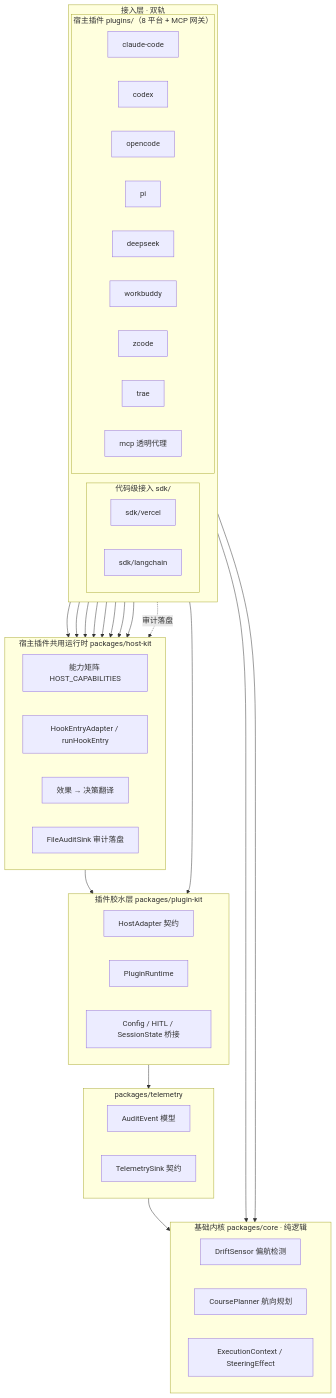
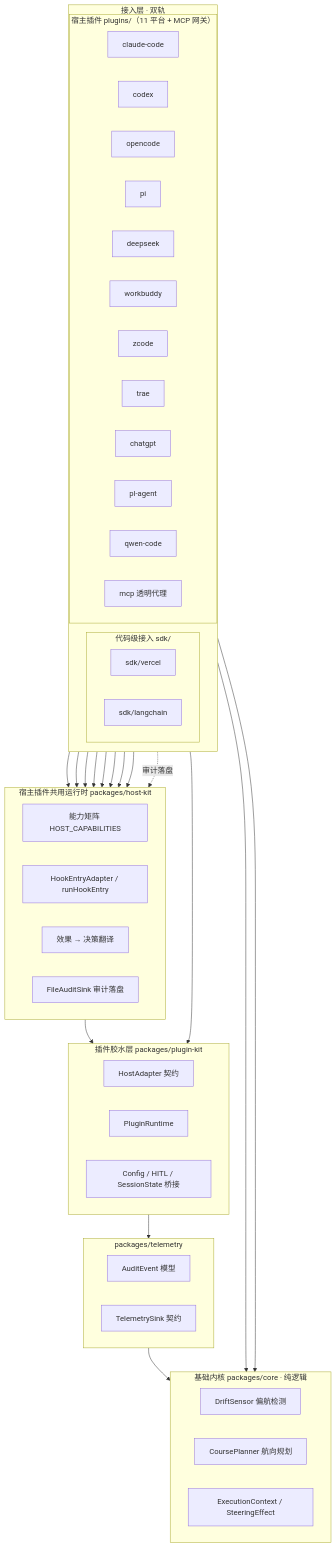
Before and after one commit to chaos-design/arcs: the first of 2 diagrams in README_zh.md, drawn with Mermaid. The commit also changed other lines of this file and 69 other files, not shown here.

First line of the commit message:
feat(plugins): 统一 Hook 原语并新增 ChatGPT/PL Agent/Qwen Code 三个宿主插件

````diff
--- a/README_zh.md
+++ b/README_zh.md
@@ -66,57 +66,60 @@
 ```mermaid
 flowchart TB
   subgraph L1["接入层 · 双轨"]
     direction LR
     subgraph SDK["代码级接入 sdk/"]
       SV["sdk/vercel"]
       SL["sdk/langchain"]
     end
-    subgraph PL["宿主插件 plugins/（8 平台 + MCP 网关）"]
+    subgraph PL["宿主插件 plugins/（11 平台 + MCP 网关）"]
       CC["claude-code"]
       CODEX["codex"]
       OC["opencode"]
       PI["pi"]
       DS["deepseek"]
       WB["workbuddy"]
       ZC["zcode"]
       TR["trae"]
+      CG["chatgpt"]
+      PA["pl-agent"]
+      QC["qwen-code"]
       MCP["mcp 透明代理"]
     end
   end
   subgraph HK["宿主插件共用运行时 packages/host-kit"]
     CAP["能力矩阵 HOST_CAPABILITIES"]
     HOOK["HookEntryAdapter / runHookEntry"]
     DEC["效果 → 决策翻译"]
     AUDIT["FileAuditSink 审计落盘"]
   end
   subgraph KIT["插件胶水层 packages/plugin-kit"]
     HA["HostAdapter 契约"]
     RT["PluginRuntime"]
     BR["Config / HITL / SessionState 桥接"]
   end
   subgraph TELE["packages/telemetry"]
     AE["AuditEvent 模型"]
     TS["TelemetrySink 契约"]
   end
   subgraph CORE["基础内核 packages/core · 纯逻辑"]
     SENSE["DriftSensor 偏航检测"]
     PLAN["CoursePlanner 航向规划"]
     MODEL["ExecutionContext / SteeringEffect"]
   end
 
   SV --> CORE
   SL --> CORE
   CC --> HK
   CODEX --> HK
   OC --> HK
   PI --> HK
   DS --> HK
   WB --> HK
   ZC --> HK
   TR --> HK
   MCP --> KIT
   MCP -.审计落盘.-> HK
   HK --> KIT
   KIT --> TELE
   TELE --> CORE
 ```
````
